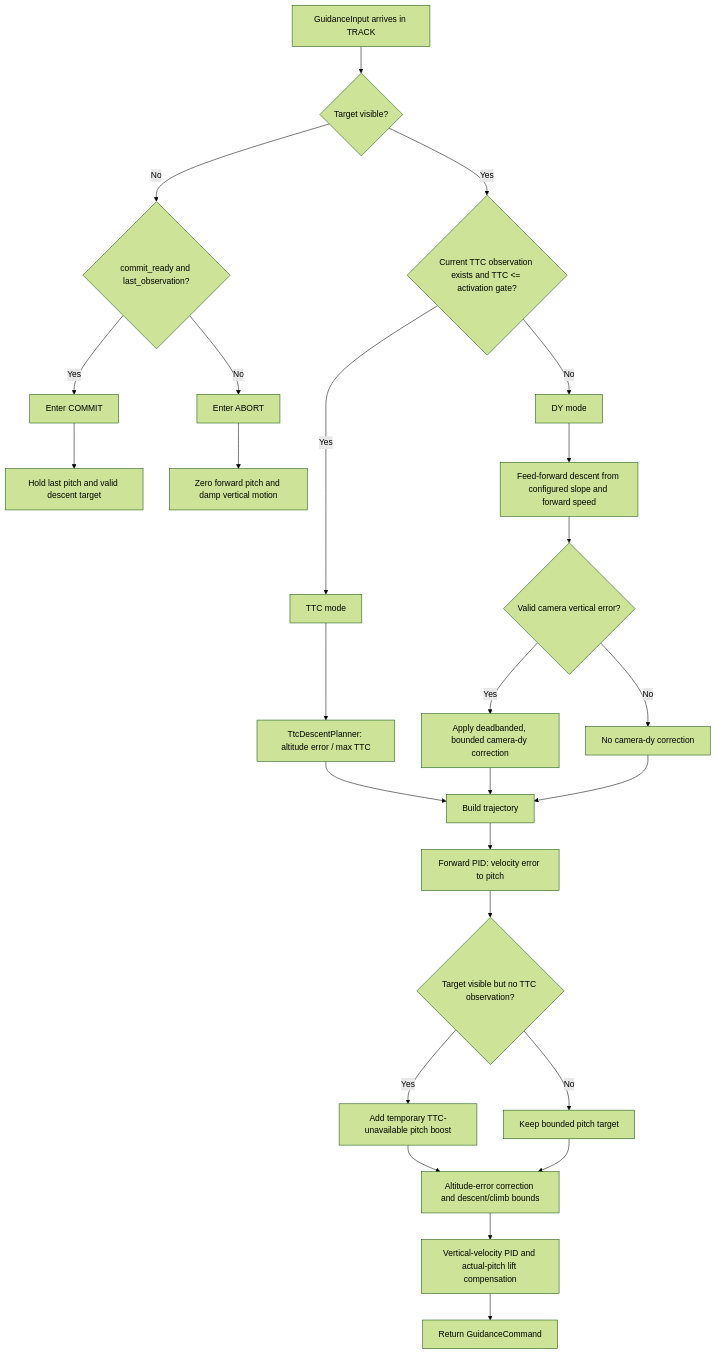
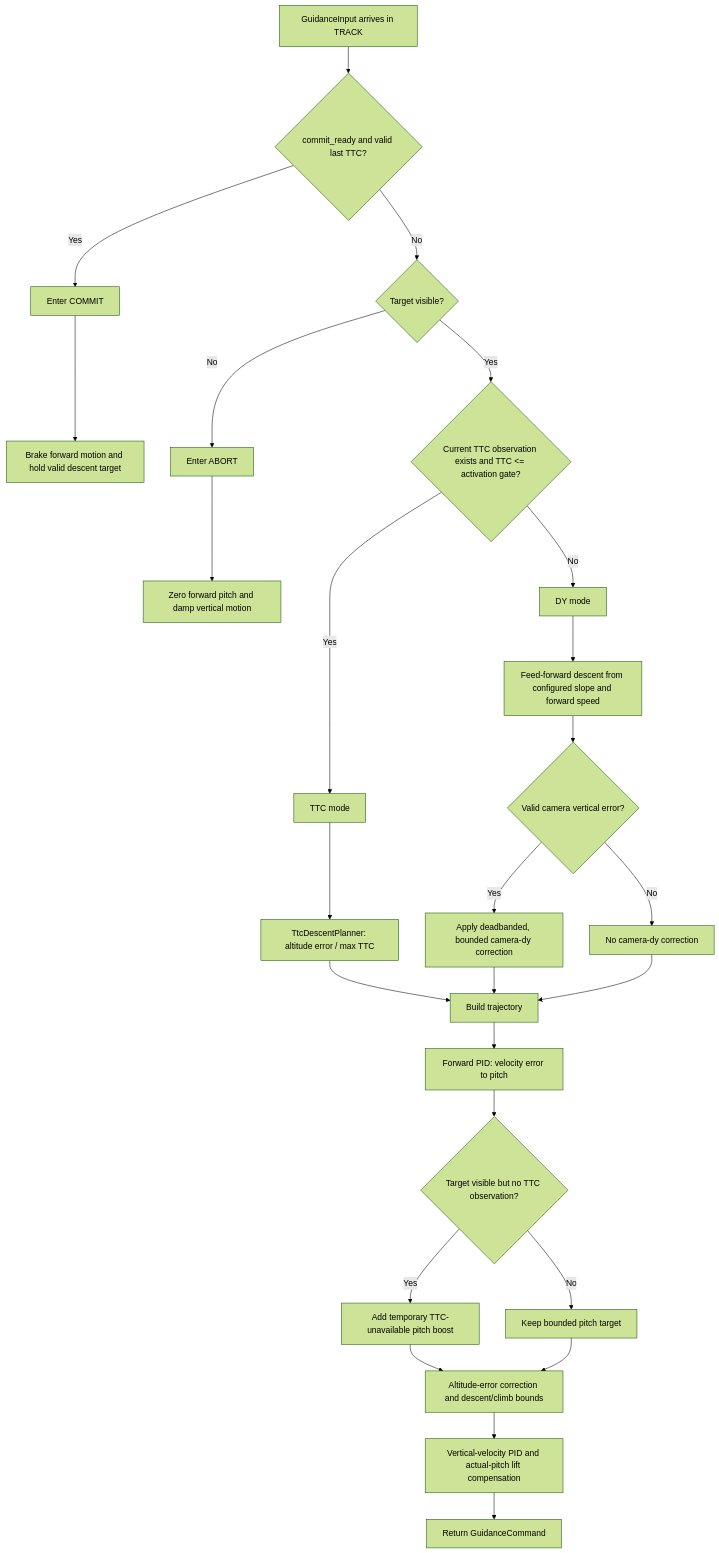
One commit to amire2000/fly_smart changed the first of 2 diagrams in docs/planes/tracking-phase-guidance.md. Above: the diagram before and after it, drawn with Mermaid (forest theme). The commit also changed other lines of this file and 6 other files, not shown here.

Commit message:
Tune tracking descent and terminal guidance

````diff
--- a/docs/planes/tracking-phase-guidance.md
+++ b/docs/planes/tracking-phase-guidance.md
@@ -10,30 +10,30 @@
 ```mermaid
 flowchart TD
-    A[GuidanceInput arrives in TRACK] --> B{Target visible?}
-    B -->|No| C{commit_ready and last_observation?}
-    C -->|Yes| D[Enter COMMIT]
+    A[GuidanceInput arrives in TRACK] --> B{commit_ready and valid last TTC?}
+    B -->|Yes| D[Enter COMMIT]
+    B -->|No| C{Target visible?}
     C -->|No| E[Enter ABORT]
-    B -->|Yes| F{Current TTC observation exists and TTC <= activation gate?}
+    C -->|Yes| F{Current TTC observation exists and TTC <= activation gate?}
     F -->|Yes| G[TTC mode]
     F -->|No| H[DY mode]
 
     G --> I[TtcDescentPlanner: altitude error / max TTC]
     H --> J[Feed-forward descent from configured slope and forward speed]
     J --> K{Valid camera vertical error?}
     K -->|Yes| L[Apply deadbanded, bounded camera-dy correction]
     K -->|No| M[No camera-dy correction]
     L --> N[Build trajectory]
     M --> N
     I --> N
     N --> O[Forward PID: velocity error to pitch]
     O --> P{Target visible but no TTC observation?}
     P -->|Yes| Q[Add temporary TTC-unavailable pitch boost]
     P -->|No| R[Keep bounded pitch target]
     Q --> S[Altitude-error correction and descent/climb bounds]
     R --> S
     S --> T[Vertical-velocity PID and actual-pitch lift compensation]
     T --> U[Return GuidanceCommand]
 
-    D --> V[Hold last pitch and valid descent target]
+    D --> V[Brake forward motion and hold valid descent target]
     E --> W[Zero forward pitch and damp vertical motion]
 ```
````
